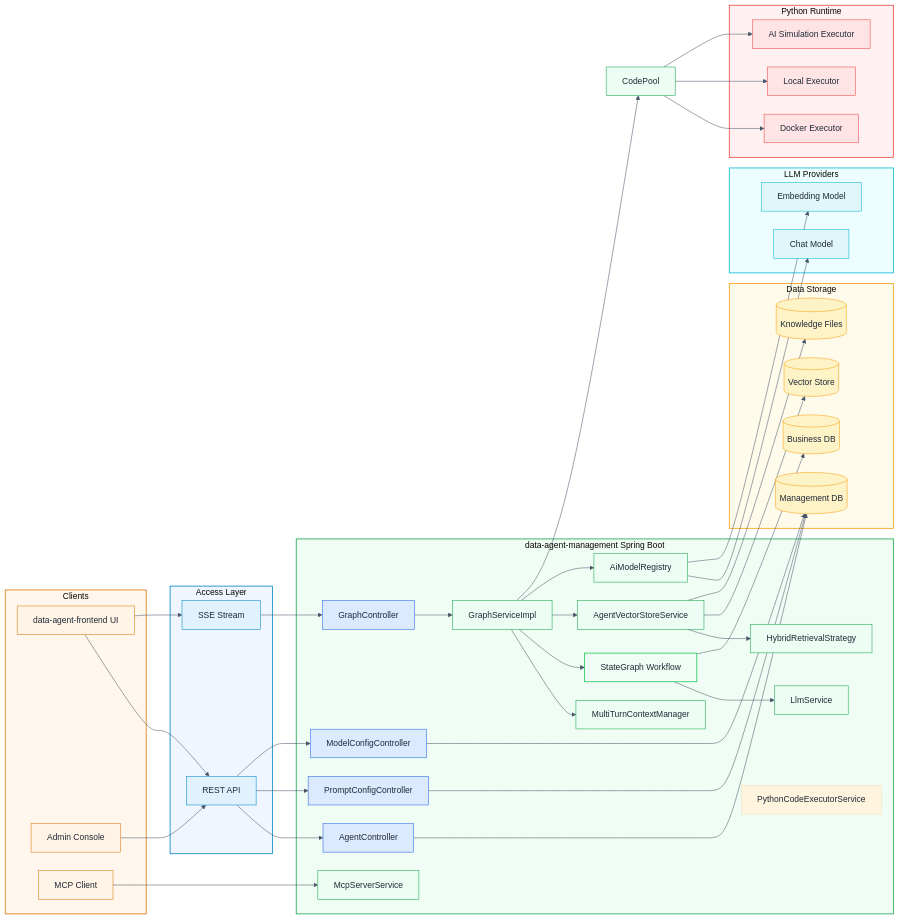
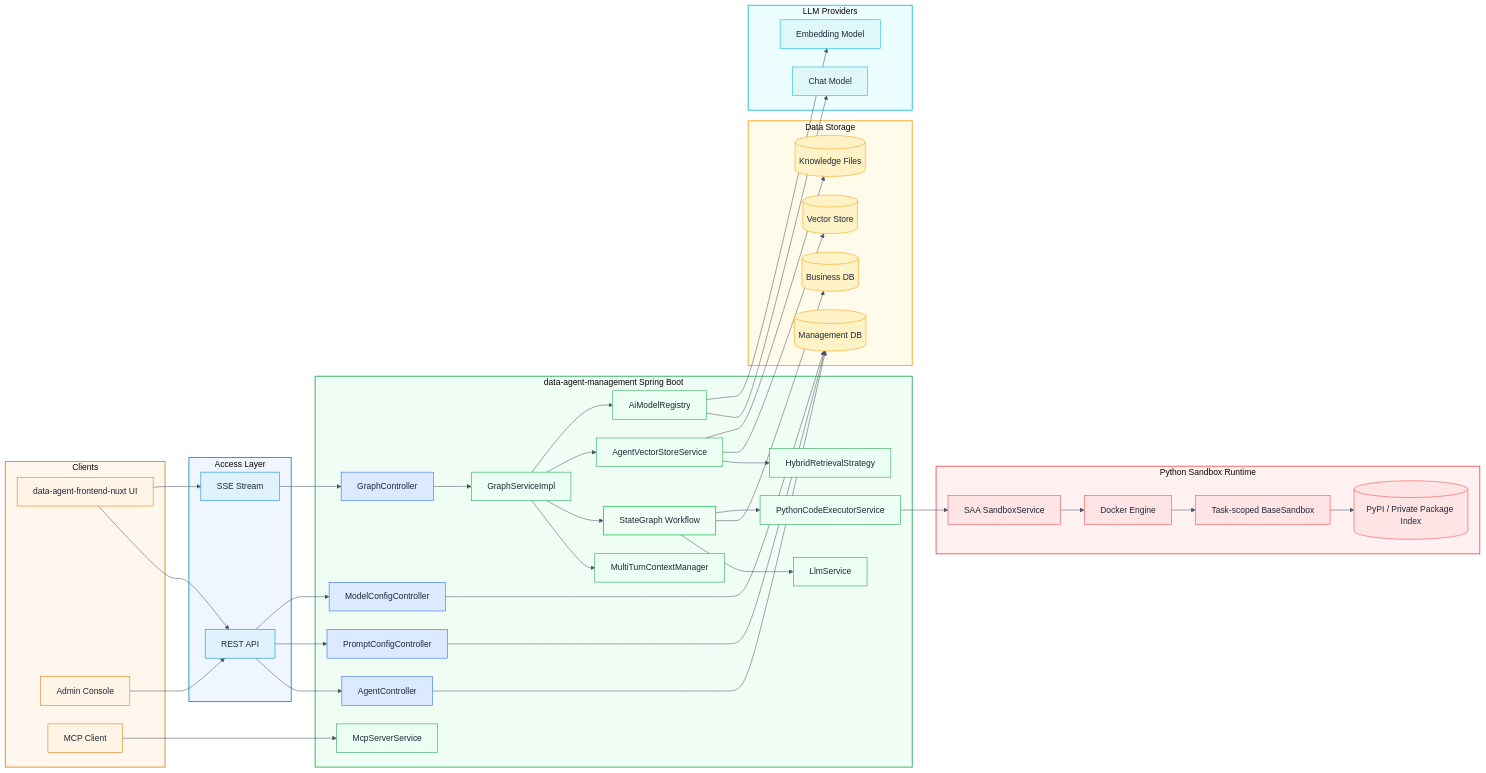
One commit to spring-ai-alibaba/DataAgent changed the first of 18 diagrams in docs/ARCHITECTURE-en.md. Above: the diagram before and after it, drawn with Mermaid. The commit also changed other lines of this file and 10 other files, not shown here.

```diff
--- a/docs/ARCHITECTURE-en.md
+++ b/docs/ARCHITECTURE-en.md
@@ -10,7 +10,7 @@
 %%{init: {"theme": "base", "flowchart": {"curve": "basis", "nodeSpacing": 35, "rankSpacing": 45}, "themeVariables": {"lineColor": "#475569", "primaryTextColor": "#1F2937"}}}%%
 flowchart LR
   subgraph Clients[Clients]
-    UserUI[data-agent-frontend UI]
+    UserUI[data-agent-frontend-nuxt UI]
     AdminUI[Admin Console]
     MCPClient[MCP Client]
   end
@@ -48,10 +48,11 @@
     EmbeddingLLM[Embedding Model]
   end
 
-  subgraph Exec[Python Runtime]
-    Docker[Docker Executor]
-    Local[Local Executor]
-    AISim[AI Simulation Executor]
+  subgraph Exec[Python Sandbox Runtime]
+    SandboxSvc[SAA SandboxService]
+    DockerEngine[Docker Engine]
+    TaskSandbox[Task-scoped BaseSandbox]
+    PackageIndex[(PyPI / Private Package Index)]
   end
 
   UserUI --> RestAPI
@@ -74,10 +75,11 @@
   GraphSvc --> ModelRegistry
   ModelRegistry --> ChatLLM
   ModelRegistry --> EmbeddingLLM
-  GraphSvc --> CodePool
-  CodePool --> Docker
-  CodePool --> Local
-  CodePool --> AISim
+  Graph --> CodeExec
+  CodeExec --> SandboxSvc
+  SandboxSvc --> DockerEngine
+  DockerEngine --> TaskSandbox
+  TaskSandbox --> PackageIndex
   AgentCtl --> MetaDB
   PromptCtl --> MetaDB
   ModelCtl --> MetaDB
@@ -94,11 +96,11 @@
   class UserUI,AdminUI,MCPClient client
   class RestAPI,SSE access
   class GraphCtl,AgentCtl,PromptCtl,ModelCtl api
-  class GraphSvc,Context,LlmSvc,ModelRegistry,VectorSvc,Hybrid,CodePool,McpSvc service
+  class GraphSvc,Context,LlmSvc,ModelRegistry,VectorSvc,Hybrid,CodeExec,McpSvc service
   class Graph workflow
   class BizDB,MetaDB,VectorDB,Files data
   class ChatLLM,EmbeddingLLM llm
-  class Docker,Local,AISim exec
+  class SandboxSvc,DockerEngine,TaskSandbox,PackageIndex exec
 
   style Clients fill:#FFF7ED,stroke:#D97706,stroke-width:1.5px
   style Access fill:#EFF6FF,stroke:#0284C7,stroke-width:1.5px
```
